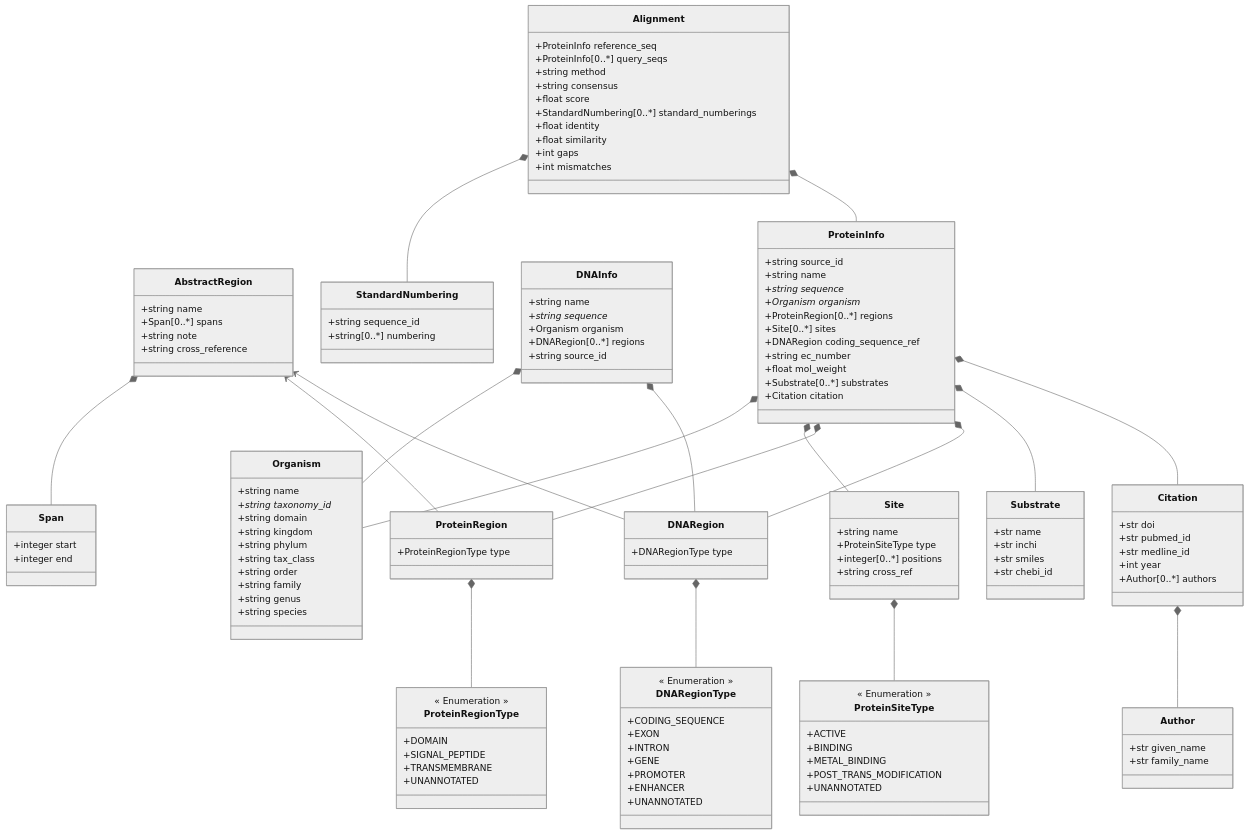
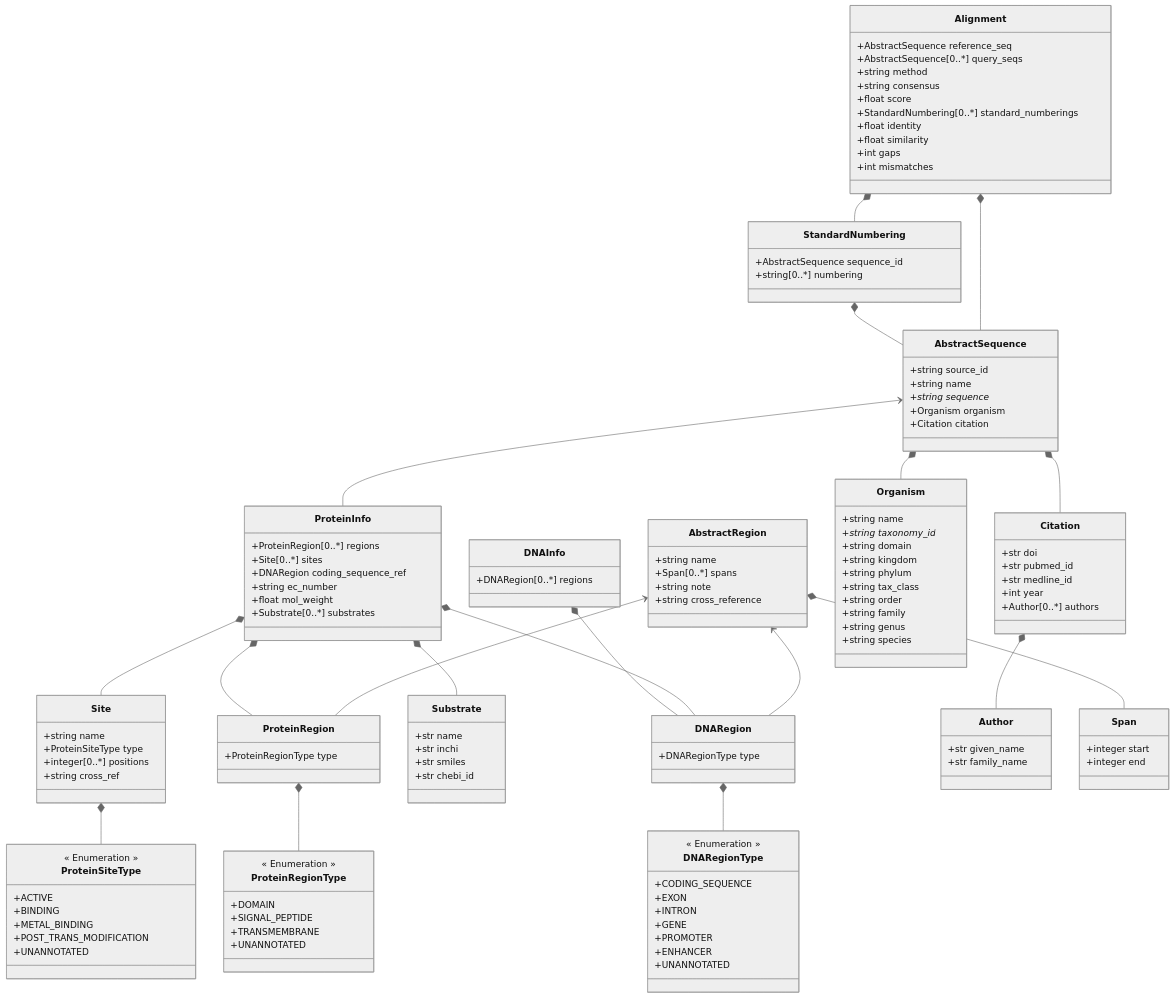
One commit to PyEED/pyeed changed the diagram in pyEED/schemes/pyeed_schema.md. Above: the diagram before and after it, drawn with Mermaid (neutral theme). The commit also changed 19 other files, not shown here.

Commit message:
added Abstract class for sequence

````diff
--- a/pyEED/schemes/pyeed_schema.md
+++ b/pyEED/schemes/pyeed_schema.md
@@ -1,50 +1,43 @@
 ```mermaid
 classDiagram
+    AbstractSequence <-- ProteinInfo
     AbstractRegion <-- DNARegion
     AbstractRegion <-- ProteinRegion
-    ProteinInfo *-- Citation
+    AbstractSequence *-- Citation
+    AbstractSequence *-- Organism
     ProteinInfo *-- Substrate
     ProteinInfo *-- DNARegion
     ProteinInfo *-- ProteinRegion
     ProteinInfo *-- Site
-    ProteinInfo *-- Organism
     DNAInfo *-- DNARegion
-    DNAInfo *-- Organism
+    Citation *-- Author
     AbstractRegion *-- Span
-    Citation *-- Author
     DNARegion *-- DNARegionType
     ProteinRegion *-- ProteinRegionType
     Site *-- ProteinSiteType
-    Alignment *-- ProteinInfo
+    Alignment *-- AbstractSequence
     Alignment *-- StandardNumbering
+    StandardNumbering *-- AbstractSequence
     
-    class ProteinInfo {
+    class AbstractSequence {
         +string source_id
         +string name
         +string sequence*
-        +Organism organism*
+        +Organism organism
+        +Citation citation
+    }
+    
+    class ProteinInfo {
         +ProteinRegion[0..*] regions
         +Site[0..*] sites
         +DNARegion coding_sequence_ref
         +string ec_number
         +float mol_weight
         +Substrate[0..*] substrates
-        +Citation citation
     }
     
     class DNAInfo {
-        +string name
-        +string sequence*
-        +Organism organism
         +DNARegion[0..*] regions
-        +string source_id
-    }
-    
-    class AbstractRegion {
-        +string name
-        +Span[0..*] spans
-        +string note
-        +string cross_reference
     }
     
     class Citation {
@@ -65,6 +58,13 @@
         +str inchi
         +str smiles
         +str chebi_id
+    }
+    
+    class AbstractRegion {
+        +string name
+        +Span[0..*] spans
+        +string note
+        +string cross_reference
     }
     
     class DNARegion {
@@ -101,8 +101,8 @@
     }
     
     class Alignment {
-        +ProteinInfo reference_seq
-        +ProteinInfo[0..*] query_seqs
+        +AbstractSequence reference_seq
+        +AbstractSequence[0..*] query_seqs
         +string method
         +string consensus
         +float score
@@ -114,7 +114,7 @@
     }
     
     class StandardNumbering {
-        +string sequence_id
+        +AbstractSequence sequence_id
         +string[0..*] numbering
     }
     
````
